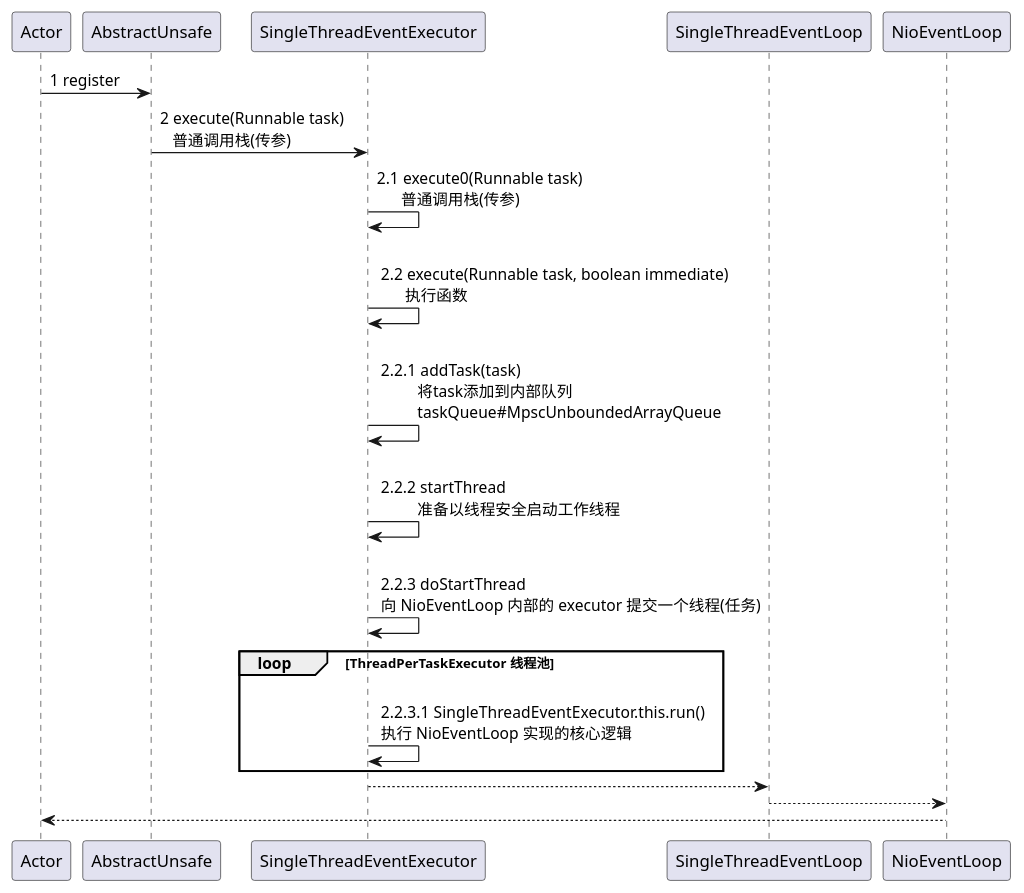
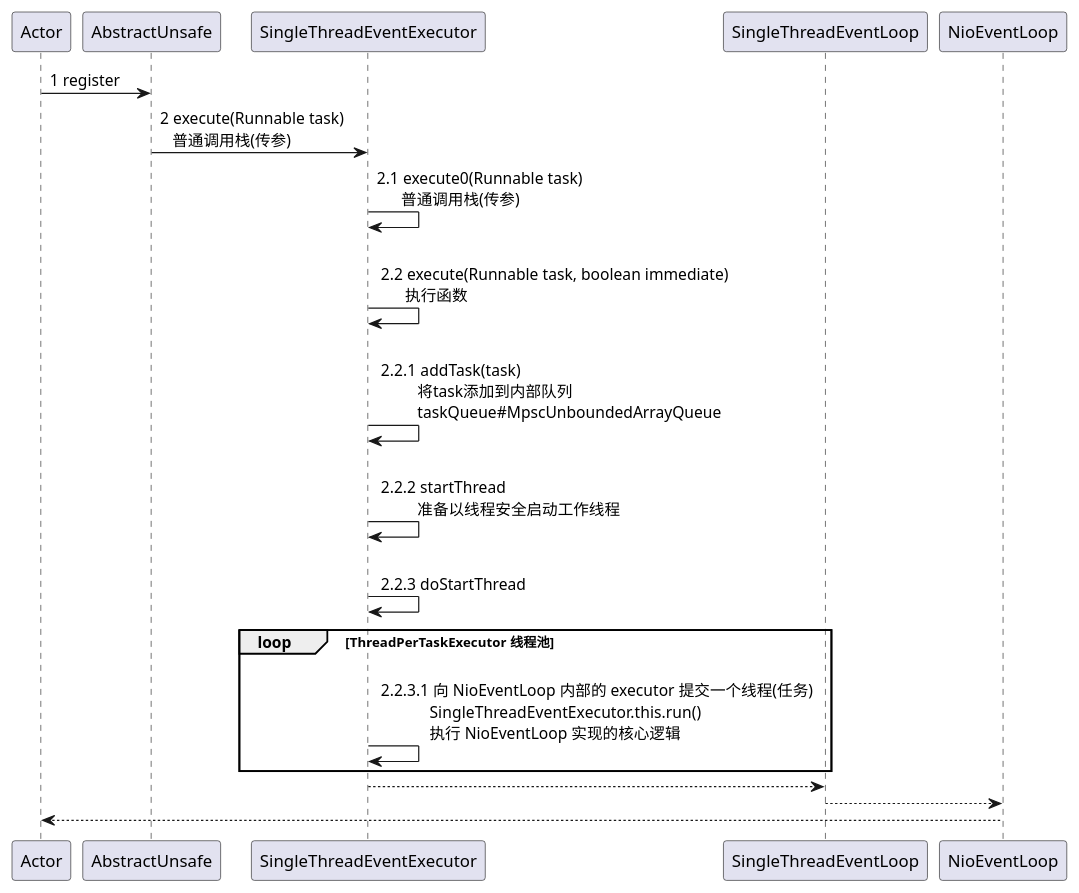
One commit to Simba-cheng/netty changed the diagram in puml/AbstractUnsafe#register.puml. Above: the diagram before and after it, drawn with PlantUML. The commit also changed 1 other file, not shown here.

Commit message:
refactor(code): 源码添加注释、流程图、类图

```diff
--- a/puml/AbstractUnsafe#register.puml
+++ b/puml/AbstractUnsafe#register.puml
@@ -1,24 +1,24 @@
 @startuml participant
 
 Actor -> AbstractUnsafe: 1 register
 
 AbstractUnsafe -> SingleThreadEventExecutor: 2 execute(Runnable task) \n   普通调用栈(传参)
 SingleThreadEventExecutor -> SingleThreadEventExecutor: 2.1 execute0(Runnable task) \n      普通调用栈(传参)
 SingleThreadEventExecutor -> SingleThreadEventExecutor: \n 2.2 execute(Runnable task, boolean immediate) \n       执行函数
 SingleThreadEventExecutor -> SingleThreadEventExecutor: \n 2.2.1 addTask(task) \n          将task添加到内部队列 \n          taskQueue#MpscUnboundedArrayQueue
 SingleThreadEventExecutor -> SingleThreadEventExecutor: \n 2.2.2 startThread \n          准备以线程安全启动工作线程
 
-SingleThreadEventExecutor -> SingleThreadEventExecutor: \n 2.2.3 doStartThread \n 向 NioEventLoop 内部的 executor 提交一个线程(任务)
+SingleThreadEventExecutor -> SingleThreadEventExecutor: \n 2.2.3 doStartThread
 
 ' ----- 分割线 -----
 loop ThreadPerTaskExecutor 线程池
-SingleThreadEventExecutor -> SingleThreadEventExecutor: \n 2.2.3.1 SingleThreadEventExecutor.this.run() \n 执行 NioEventLoop 实现的核心逻辑
+SingleThreadEventExecutor -> SingleThreadEventExecutor: \n 2.2.3.1 向 NioEventLoop 内部的 executor 提交一个线程(任务) \n             SingleThreadEventExecutor.this.run() \n             执行 NioEventLoop 实现的核心逻辑
 end
 ' ----- 分割线 -----
 
 
 SingleThreadEventLoop <-- SingleThreadEventExecutor
 NioEventLoop <-- SingleThreadEventLoop
 
 Actor <-- NioEventLoop
 @enduml
```
